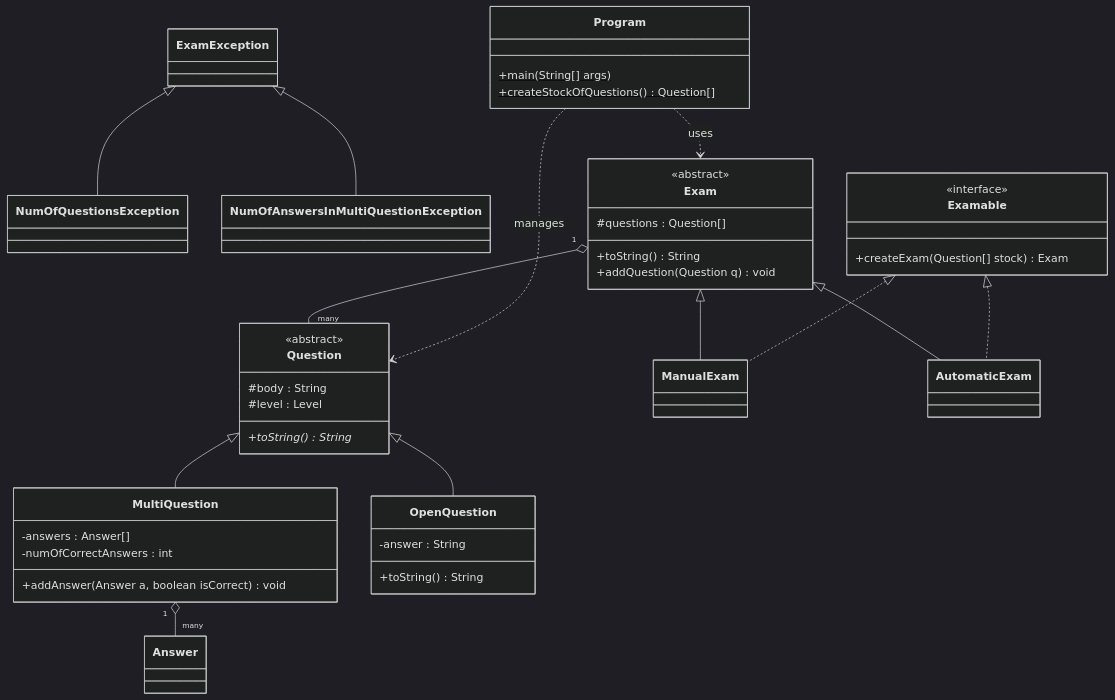
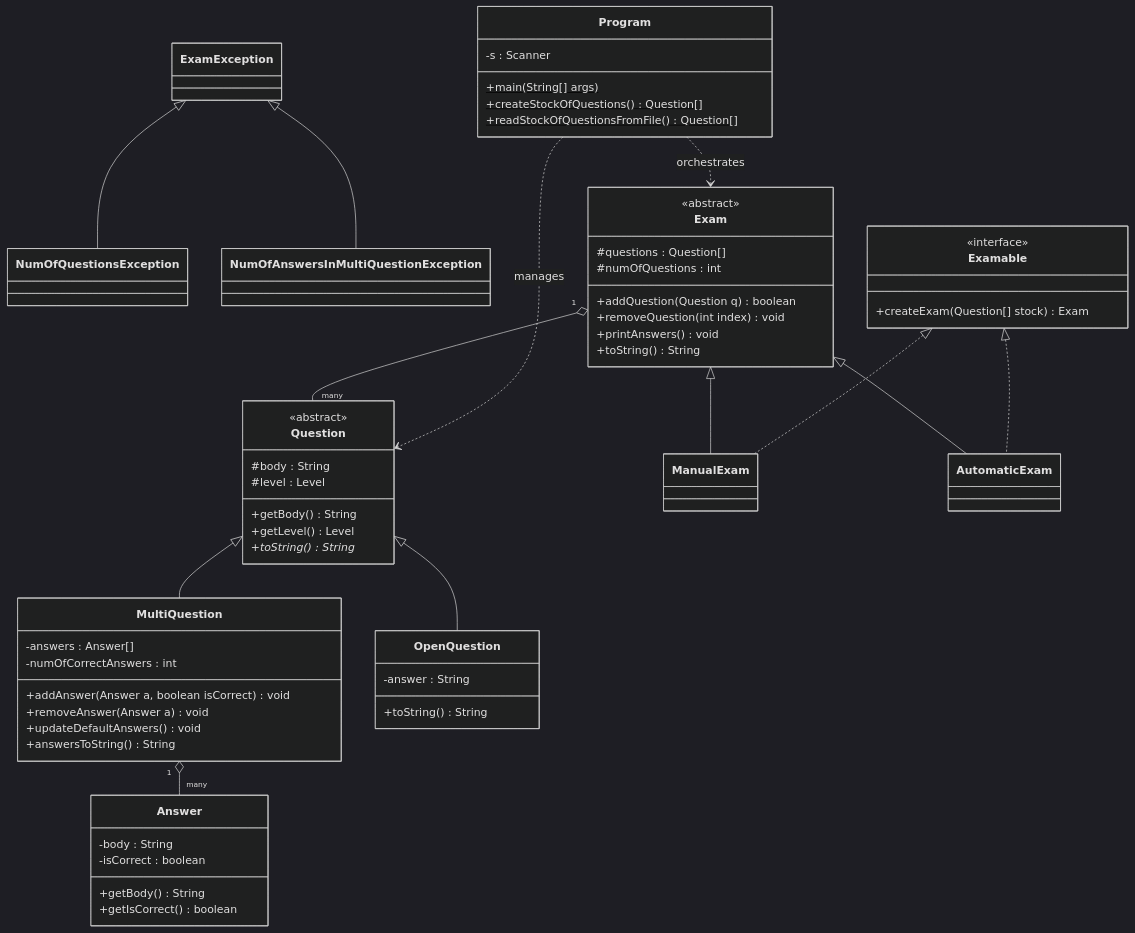
Before and after one commit to GolanLevi/Java-Exam-Management-System: the diagram in README.md, drawn with Mermaid (dark theme). The commit also changed other lines of this file and 1 other file, not shown here.

````diff
--- a/README.md
+++ b/README.md
@@ -69,49 +75,65 @@
 ```mermaid
 classDiagram
     ExamException <|-- NumOfQuestionsException
     ExamException <|-- NumOfAnswersInMultiQuestionException
 
     Question <|-- MultiQuestion
     Question <|-- OpenQuestion
 
     Exam <|-- ManualExam
     Exam <|-- AutomaticExam
     
     Examable <|.. ManualExam
     Examable <|.. AutomaticExam
 
     Exam "1" o-- "many" Question
     MultiQuestion "1" o-- "many" Answer
-    Program ..> Exam : uses
+    Program ..> Exam : orchestrates
     Program ..> Question : manages
 
     class Examable {
         <<interface>>
         +createExam(Question[] stock) Exam
     }
     class Exam {
         <<abstract>>
         #questions : Question[]
+        #numOfQuestions : int
+        +addQuestion(Question q) boolean
+        +removeQuestion(int index) void
+        +printAnswers() void
         +toString() String
-        +addQuestion(Question q) void
     }
     class Question {
         <<abstract>>
         #body : String
         #level : Level
+        +getBody() String
+        +getLevel() Level
         +toString()* String
     }
     class MultiQuestion {
         -answers : Answer[]
         -numOfCorrectAnswers : int
         +addAnswer(Answer a, boolean isCorrect) void
+        +removeAnswer(Answer a) void
+        +updateDefaultAnswers() void
+        +answersToString() String
     }
     class OpenQuestion {
         -answer : String
         +toString() String
     }
+    class Answer {
+        -body : String
+        -isCorrect : boolean
+        +getBody() String
+        +getIsCorrect() boolean
+    }
     class Program {
+        -s : Scanner
         +main(String[] args)$
         +createStockOfQuestions()$ Question[]
+        +readStockOfQuestionsFromFile()$ Question[]
     }
 ```
````
